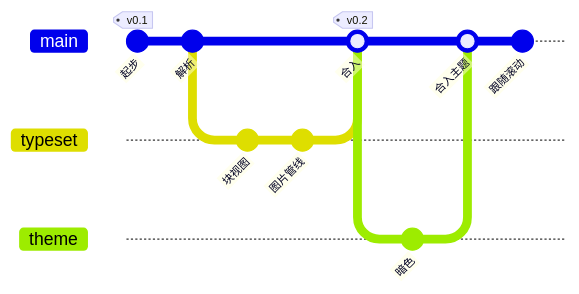
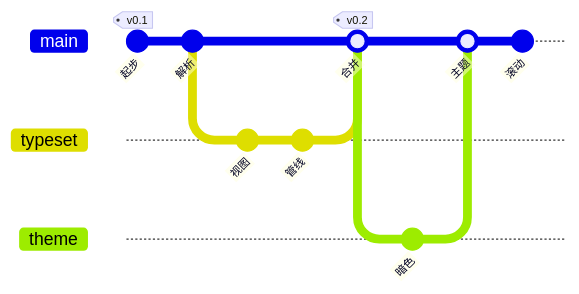
One commit to emacs-taf/etaf-md changed diagram 12 of 16 in examples/mermaid-diagrams.markdown. Above: the diagram before and after it, drawn with Mermaid. The commit also changed other lines of this file and 3 other files, not shown here.

First line of the commit message:
fix(typeset): draw the first diagram with the reader's face

````diff
--- a/examples/mermaid-diagrams.markdown
+++ b/examples/mermaid-diagrams.markdown
@@ -273,17 +273,17 @@
 ```mermaid
 gitGraph
   commit id: "起步" tag: "v0.1"
   commit id: "解析"
   branch typeset
   checkout typeset
-  commit id: "块视图"
-  commit id: "图片管线"
+  commit id: "视图"
+  commit id: "管线"
   checkout main
-  merge typeset id: "合入" tag: "v0.2"
+  merge typeset id: "合并" tag: "v0.2"
   branch theme
   checkout theme
   commit id: "暗色"
   checkout main
-  merge theme id: "合入主题"
-  commit id: "跟随滚动"
+  merge theme id: "主题"
+  commit id: "滚动"
 ```
````
